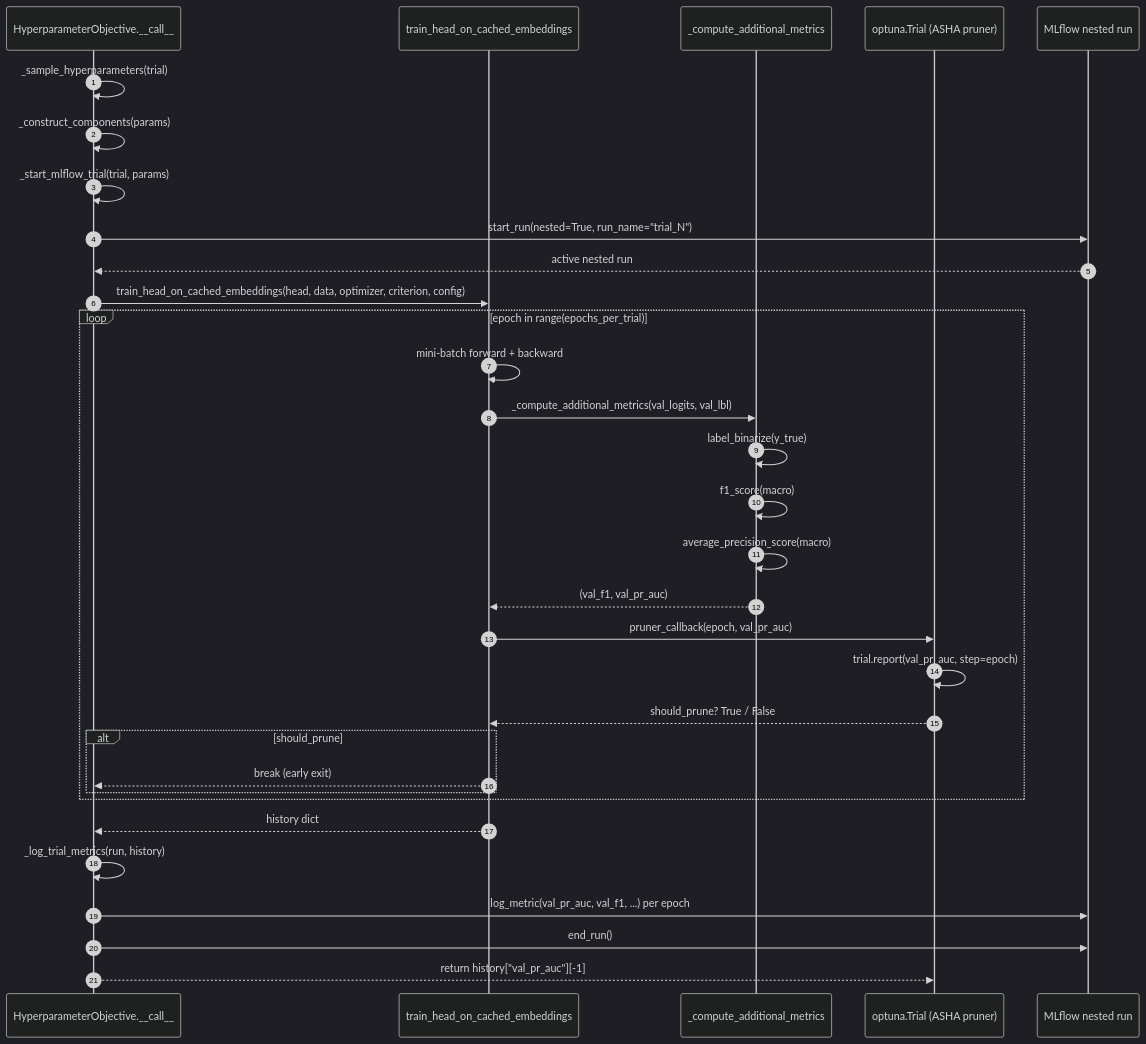
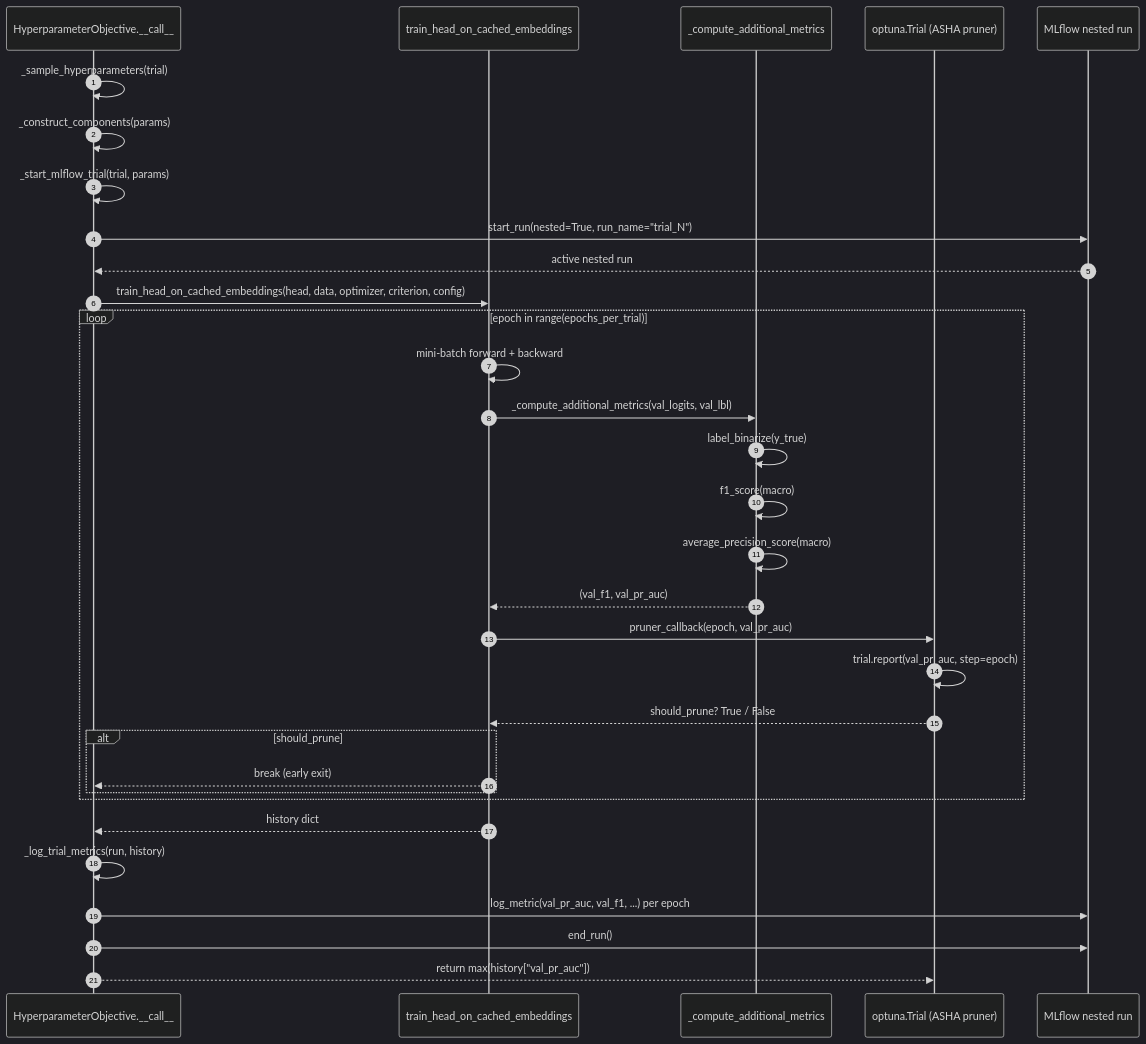
Before and after one commit to foersben/taxon-vision-mlops: the second of 3 diagrams in docs/model_engineering/training_pipeline.md, drawn with Mermaid (dark theme). The commit also changed other lines of this file and 15 other files, not shown here.

````diff
--- a/docs/model_engineering/training_pipeline.md
+++ b/docs/model_engineering/training_pipeline.md
@@ -167,38 +167,38 @@
 ```mermaid
 sequenceDiagram
     autonumber
     participant Objective as HyperparameterObjective.__call__
     participant Emb as train_head_on_cached_embeddings
     participant Metrics as _compute_additional_metrics
     participant Optuna as optuna.Trial (ASHA pruner)
     participant MLflow as MLflow nested run
 
     Objective->>Objective: _sample_hyperparameters(trial)
     Objective->>Objective: _construct_components(params)
     Objective->>Objective: _start_mlflow_trial(trial, params)
     Objective->>MLflow: start_run(nested=True, run_name="trial_N")
     MLflow-->>Objective: active nested run
 
     Objective->>Emb: train_head_on_cached_embeddings(head, data, optimizer, criterion, config)
 
     loop epoch in range(epochs_per_trial)
         Emb->>Emb: mini-batch forward + backward
         Emb->>Metrics: _compute_additional_metrics(val_logits, val_lbl)
         Metrics->>Metrics: label_binarize(y_true)
         Metrics->>Metrics: f1_score(macro)
         Metrics->>Metrics: average_precision_score(macro)
         Metrics-->>Emb: (val_f1, val_pr_auc)
         Emb->>Optuna: pruner_callback(epoch, val_pr_auc)
         Optuna->>Optuna: trial.report(val_pr_auc, step=epoch)
         Optuna-->>Emb: should_prune? True / False
         alt should_prune
             Emb-->>Objective: break (early exit)
         end
     end
 
     Emb-->>Objective: history dict
     Objective->>Objective: _log_trial_metrics(run, history)
     Objective->>MLflow: log_metric(val_pr_auc, val_f1, ...) per epoch
     Objective->>MLflow: end_run()
-    Objective-->>Optuna: return history["val_pr_auc"][-1]
+    Objective-->>Optuna: return max(history["val_pr_auc"])
 ```
````
